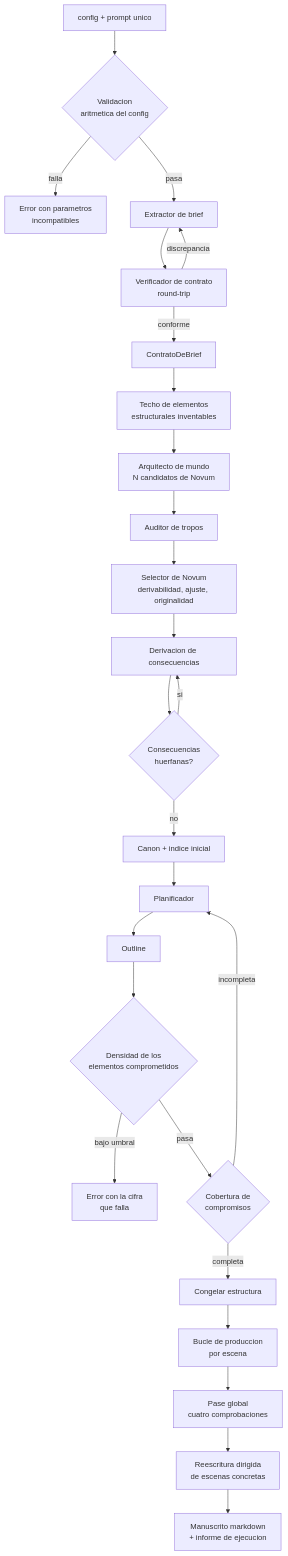
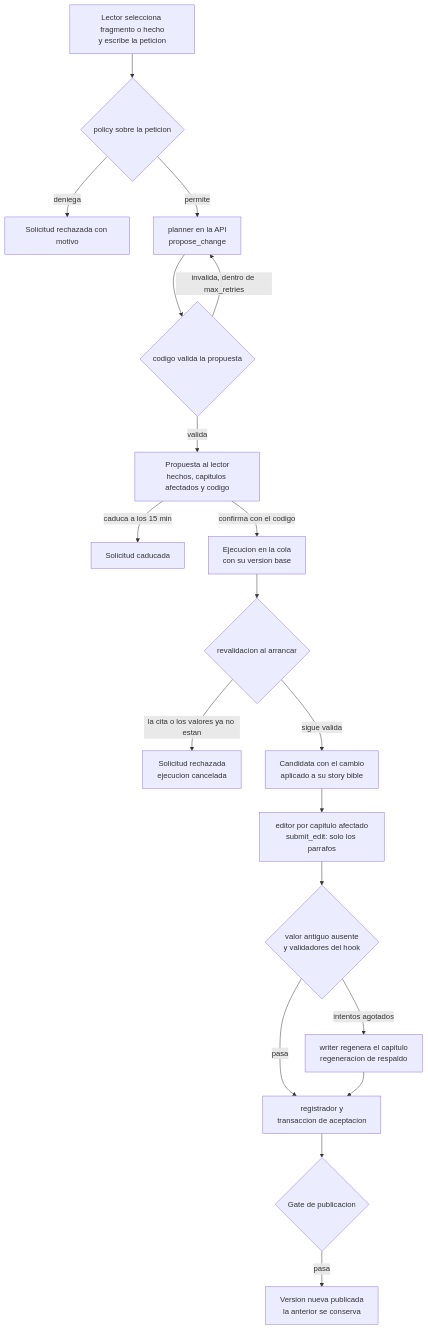
One commit to JNico-rb/story-maker changed the sixth of 10 diagrams in docs/architecture.md. Above: the diagram before and after it, drawn with Mermaid. The commit also changed other lines of this file and 35 other files, not shown here.

````diff
--- a/docs/architecture.md
+++ b/docs/architecture.md
@@ -584,32 +701,21 @@
 ```mermaid
 graph TD
-    IN[config + prompt unico] --> VAL{Validacion<br/>aritmetica del config}
-    VAL -->|falla| ERR1[Error con parametros<br/>incompatibles]
-    VAL -->|pasa| EXB[Extractor de brief]
-
-    EXB --> VC[Verificador de contrato<br/>round-trip]
-    VC -->|discrepancia| EXB
-    VC -->|conforme| CB[ContratoDeBrief]
-
-    CB --> TECH[Techo de elementos<br/>estructurales inventables]
-    TECH --> AM[Arquitecto de mundo<br/>N candidatos de Novum]
-    AM --> AT1[Auditor de tropos]
-    AT1 --> SEL[Selector de Novum<br/>derivabilidad, ajuste, originalidad]
-    SEL --> DC[Derivacion de consecuencias]
-    DC --> VG{Consecuencias<br/>huerfanas?}
-    VG -->|si| DC
-    VG -->|no| CAN[Canon + indice inicial]
-
-    CAN --> PLA[Planificador]
-    PLA --> OUT[Outline]
-    OUT --> DEN{Densidad de los<br/>elementos comprometidos}
-    DEN -->|bajo umbral| ERR2[Error con la cifra<br/>que falla]
-    DEN -->|pasa| COB{Cobertura de<br/>compromisos}
-    COB -->|incompleta| PLA
-    COB -->|completa| CONG[Congelar estructura]
-
-    CONG --> LOOP[Bucle de produccion<br/>por escena]
-    LOOP --> PG[Pase global<br/>cuatro comprobaciones]
-    PG --> REE[Reescritura dirigida<br/>de escenas concretas]
-    REE --> FIN[Manuscrito markdown<br/>+ informe de ejecucion]
+    SEL[Lector selecciona fragmento o hecho<br/>y escribe la peticion] --> POL{policy sobre la peticion}
+    POL -->|deniega| REJ[Solicitud rechazada con motivo]
+    POL -->|permite| PLA[planner en la API<br/>propose_change]
+    PLA --> VAL{codigo valida la propuesta}
+    VAL -->|invalida, dentro de max_retries| PLA
+    VAL -->|valida| PRO[Propuesta al lector<br/>hechos, capitulos afectados y codigo]
+    PRO -->|caduca a los 15 min| EXP[Solicitud caducada]
+    PRO -->|confirma con el codigo| COLA[Ejecucion en la cola<br/>con su version base]
+    COLA --> REV{revalidacion al arrancar}
+    REV -->|la cita o los valores ya no estan| CAN[Solicitud rechazada<br/>ejecucion cancelada]
+    REV -->|sigue valida| APL[Candidata con el cambio<br/>aplicado a su story bible]
+    APL --> EDI[editor por capitulo afectado<br/>submit_edit: solo los parrafos]
+    EDI --> HV{valor antiguo ausente<br/>y validadores del hook}
+    HV -->|intentos agotados| WRI[writer regenera el capitulo<br/>regeneracion de respaldo]
+    HV -->|pasa| REG[registrador y<br/>transaccion de aceptacion]
+    WRI --> REG
+    REG --> GATE{Gate de publicacion}
+    GATE -->|pasa| NV[Version nueva publicada<br/>la anterior se conserva]
 ```
````
